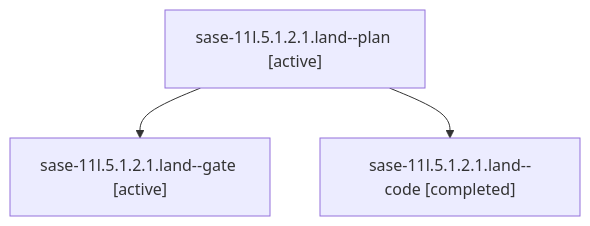
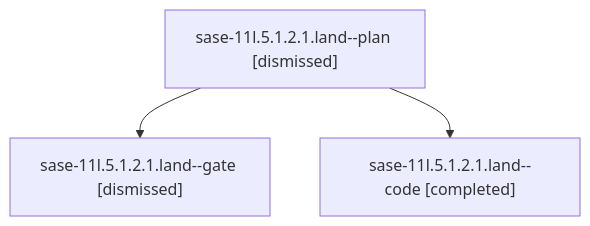
One commit to sase-org/sase--agents changed the diagram in sessions/bbugyi200.athena.sase-11l.5.1.2.1.land.md. Above: the diagram before and after it, drawn with Mermaid. The commit also changed other lines of this file and 204 other files, not shown here.

````diff
--- a/sessions/bbugyi200.athena.sase-11l.5.1.2.1.land.md
+++ b/sessions/bbugyi200.athena.sase-11l.5.1.2.1.land.md
@@ -9,8 +9,8 @@
 ```mermaid
 flowchart TD
-  n0["sase-11l.5.1.2.1.land--plan [active]"]
-  n1["sase-11l.5.1.2.1.land--gate [active]"]
+  n0["sase-11l.5.1.2.1.land--plan [dismissed]"]
+  n1["sase-11l.5.1.2.1.land--gate [dismissed]"]
   n0 --> n1
   n2["sase-11l.5.1.2.1.land--code [completed]"]
   n0 --> n2
 ```
````
